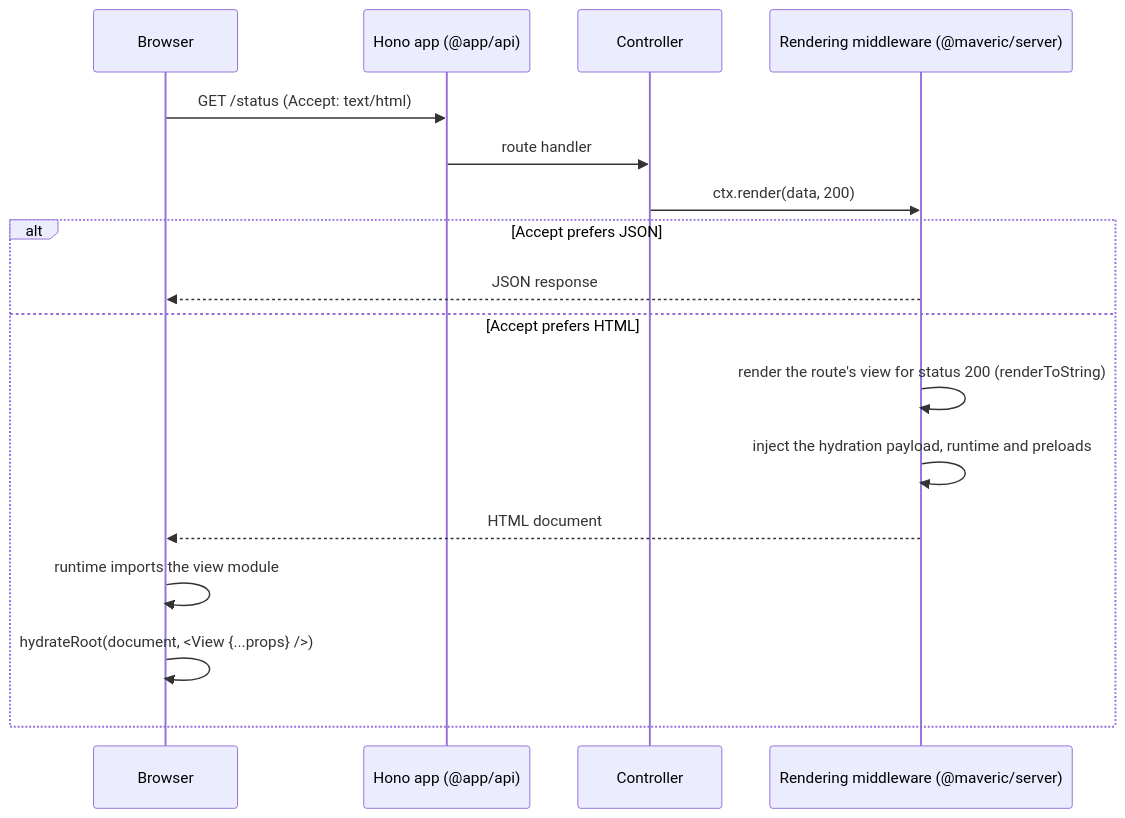
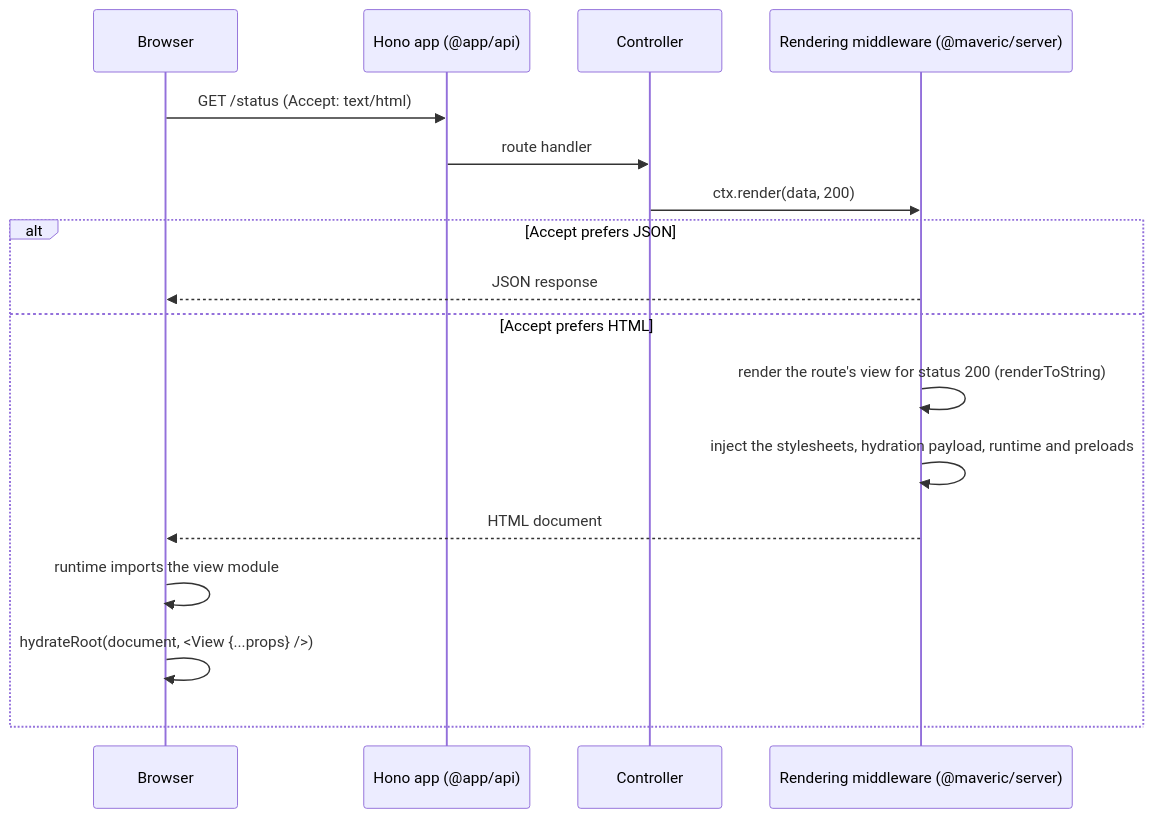
One commit to jirikapoun/app-template changed the second of 2 diagrams in docs/architecture.md. Above: the diagram before and after it, drawn with Mermaid. The commit also changed 15 other files, not shown here.

````diff
--- a/docs/architecture.md
+++ b/docs/architecture.md
@@ -55,20 +55,20 @@
 ```mermaid
 sequenceDiagram
   participant B as Browser
   participant A as Hono app (@app/api)
   participant C as Controller
   participant R as Rendering middleware (@maveric/server)
 
   B->>A: GET /status (Accept: text/html)
   A->>C: route handler
   C->>R: ctx.render(data, 200)
   alt Accept prefers JSON
     R-->>B: JSON response
   else Accept prefers HTML
     R->>R: render the route's view for status 200 (renderToString)
-    R->>R: inject the hydration payload, runtime and preloads
+    R->>R: inject the stylesheets, hydration payload, runtime and preloads
     R-->>B: HTML document
     B->>B: runtime imports the view module
     B->>B: hydrateRoot(document, <View {...props} />)
   end
 ```
````
